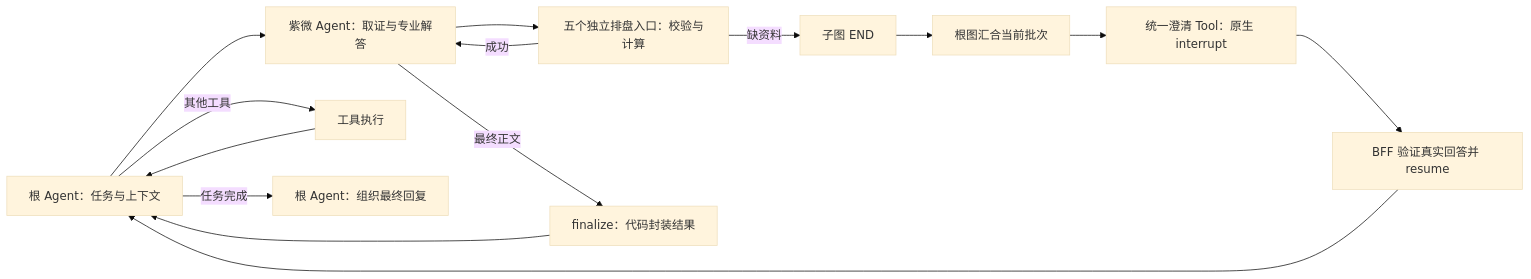
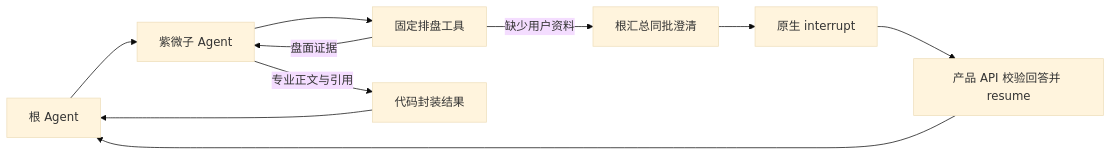
The diagram in docs/operations/ziwei-agent.md (westbrook0904/FinanceClaw), drawn with Mermaid (base theme) before and after one commit. The commit also changed other lines of this file and 39 other files, not shown here.

````diff
--- a/docs/operations/ziwei-agent.md
+++ b/docs/operations/ziwei-agent.md
@@ -108,16 +118,12 @@
 ```mermaid
 flowchart LR
-    R[根 Agent：任务与上下文] --> W[紫微 Agent：取证与专业解答]
-    W --> T[五个独立排盘入口：校验与计算]
-    T -->|成功| W
-    W -->|最终正文| F[finalize：代码封装结果]
+    R[根 Agent] --> S[紫微子 Agent]
+    S --> T[固定排盘工具]
+    T -->|盘面证据| S
+    S -->|专业正文与引用| F[代码封装结果]
     F --> R
-    R -->|其他工具| O[工具执行]
-    O --> R
-    R -->|任务完成| D[根 Agent：组织最终回复]
-    T -->|缺资料| E[子图 END]
-    E --> Q[根图汇合当前批次]
-    Q --> I[统一澄清 Tool：原生 interrupt]
-    I --> A[BFF 验证真实回答并 resume]
+    T -->|缺少用户资料| Q[根汇总同批澄清]
+    Q --> I[原生 interrupt]
+    I --> A[产品 API 校验回答并 resume]
     A --> R
 ```
````
